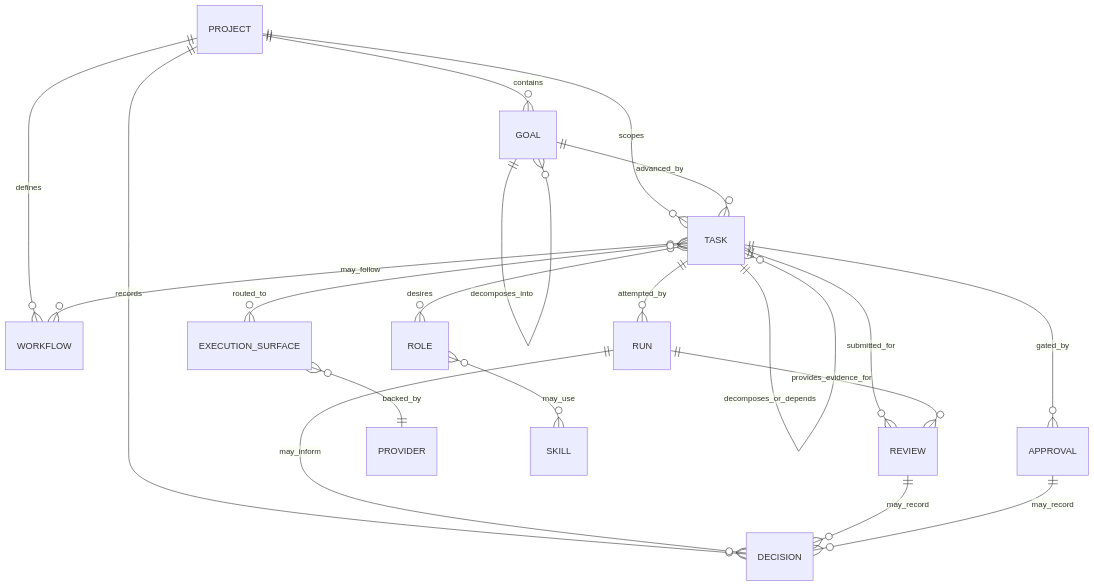
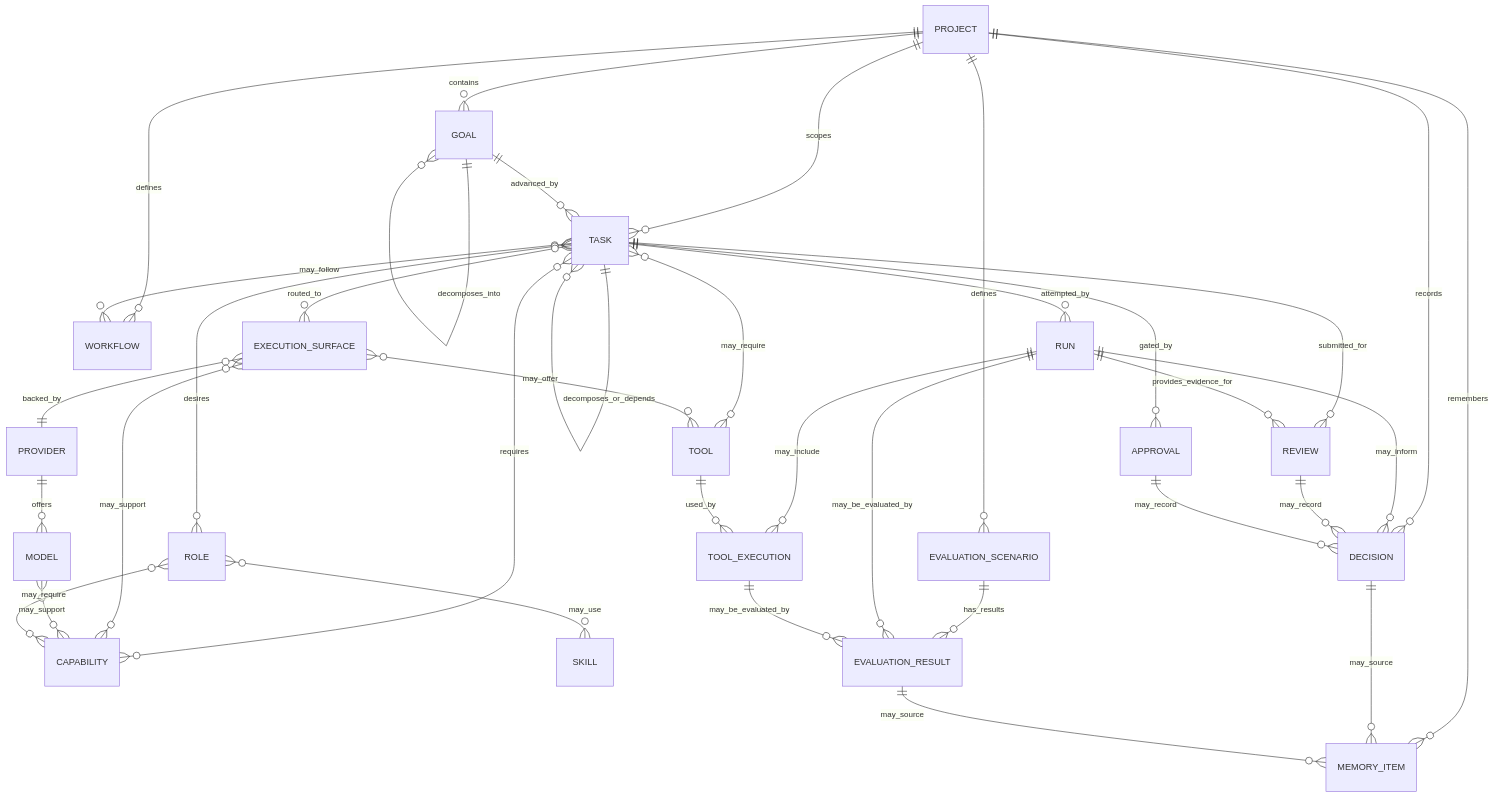
One commit to AdventureWare/agent-management-system-prototype changed the diagram in docs/model-diagram.md. Above: the diagram before and after it, drawn with Mermaid. The commit also changed other lines of this file and 21 other files, not shown here.

````diff
--- a/docs/model-diagram.md
+++ b/docs/model-diagram.md
@@ -8,26 +8,43 @@
 ```mermaid
 erDiagram
     PROJECT ||--o{ GOAL : contains
     PROJECT ||--o{ TASK : scopes
     PROJECT ||--o{ WORKFLOW : defines
     PROJECT ||--o{ DECISION : records
+    PROJECT ||--o{ MEMORY_ITEM : remembers
 
     GOAL ||--o{ GOAL : decomposes_into
     GOAL ||--o{ TASK : advanced_by
 
     TASK ||--o{ TASK : decomposes_or_depends
     TASK ||--o{ RUN : attempted_by
     TASK ||--o{ REVIEW : submitted_for
     TASK ||--o{ APPROVAL : gated_by
     TASK }o--o{ WORKFLOW : may_follow
     TASK }o--o{ ROLE : desires
     TASK }o--o{ EXECUTION_SURFACE : routed_to
+    TASK }o--o{ TOOL : may_require
+    TASK }o--o{ CAPABILITY : requires
 
     RUN ||--o{ REVIEW : provides_evidence_for
     RUN ||--o{ DECISION : may_inform
+    RUN ||--o{ TOOL_EXECUTION : may_include
     REVIEW ||--o{ DECISION : may_record
     APPROVAL ||--o{ DECISION : may_record
+    DECISION ||--o{ MEMORY_ITEM : may_source
 
     EXECUTION_SURFACE }o--|| PROVIDER : backed_by
+    EXECUTION_SURFACE }o--o{ TOOL : may_offer
+    EXECUTION_SURFACE }o--o{ CAPABILITY : may_support
+    PROVIDER ||--o{ MODEL : offers
+    MODEL }o--o{ CAPABILITY : may_support
+    TOOL ||--o{ TOOL_EXECUTION : used_by
     ROLE }o--o{ SKILL : may_use
+    ROLE }o--o{ CAPABILITY : may_require
+
+    PROJECT ||--o{ EVALUATION_SCENARIO : defines
+    EVALUATION_SCENARIO ||--o{ EVALUATION_RESULT : has_results
+    RUN ||--o{ EVALUATION_RESULT : may_be_evaluated_by
+    TOOL_EXECUTION ||--o{ EVALUATION_RESULT : may_be_evaluated_by
+    EVALUATION_RESULT ||--o{ MEMORY_ITEM : may_source
 ```
````
